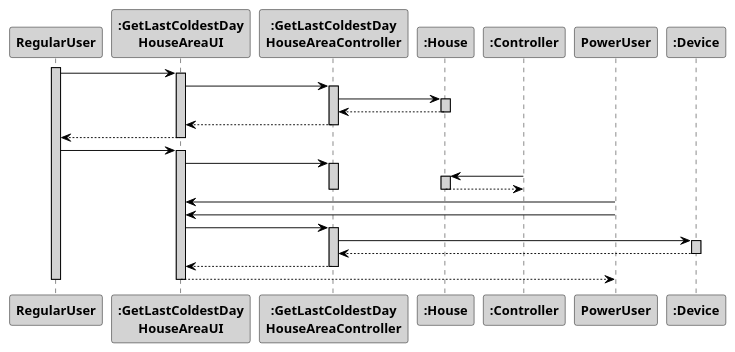
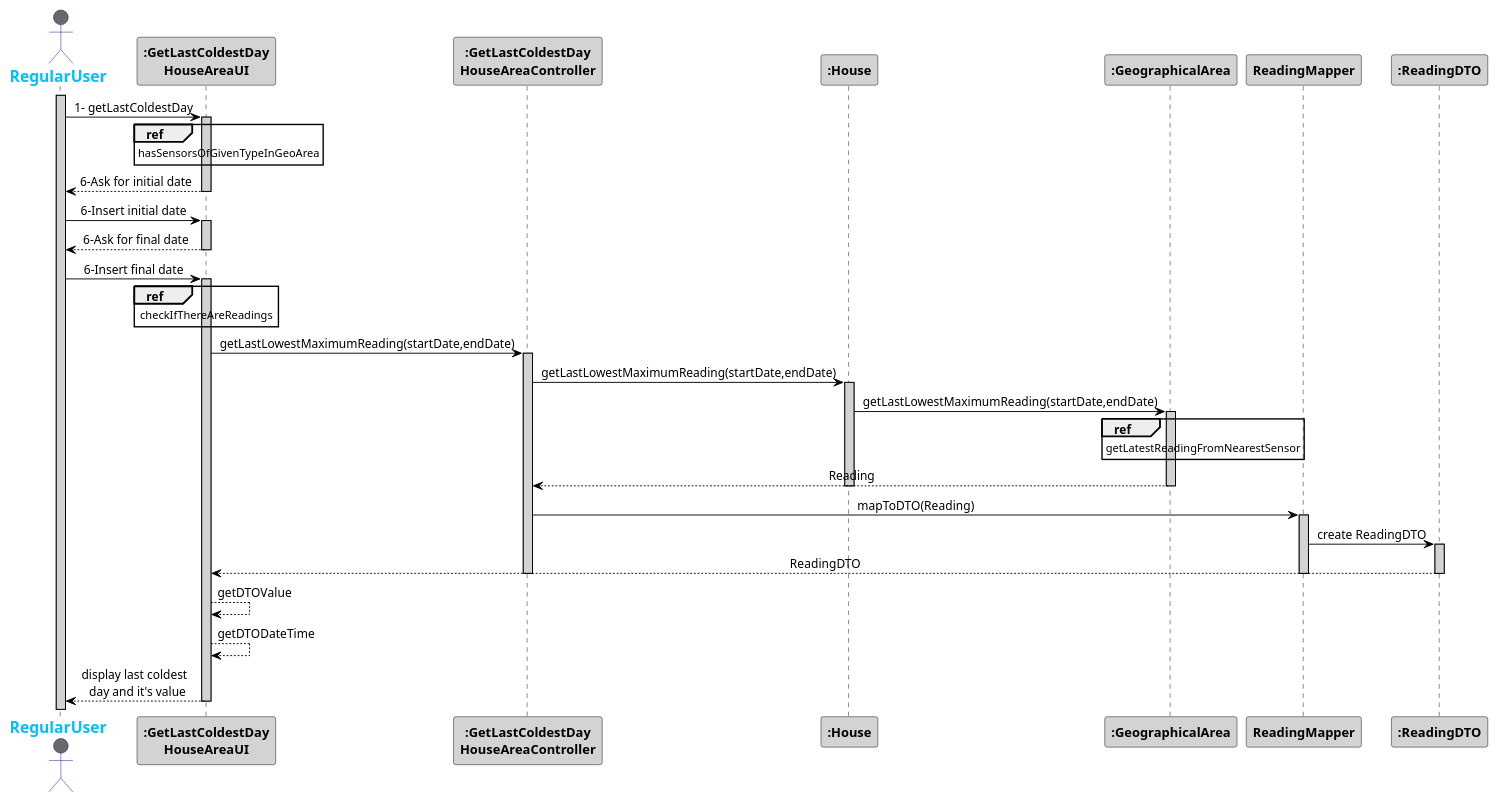
Before and after one commit to 1181687/hateoasToy: the diagram in src/main/java/pt/ipp/isep/dei/project/controllers/getLastColdestDayHouseAreaController/SD_SequenceDiagramModel.puml, drawn with PlantUML.

Commit message:
Change US630 Sequence Diagram Addresses #124

```diff
--- a/src/main/java/pt/ipp/isep/dei/project/controllers/getLastColdestDayHouseAreaController/SD_SequenceDiagramModel.puml
+++ b/src/main/java/pt/ipp/isep/dei/project/controllers/getLastColdestDayHouseAreaController/SD_SequenceDiagramModel.puml
@@ -1,61 +1,71 @@
 @startuml
 skinparam sequenceMessageAlign center
 skinparam sequence {
-	ArrowColor Black
-	ActorBorderColor DarkBlue
-	LifeLineBorderColor black
-	LifeLineBackgroundColor LightGrey
+    ArrowColor Black
+    ActorBorderColor DarkBlue
+    LifeLineBorderColor black
+    LifeLineBackgroundColor LightGrey
 
-	ParticipantBorderColor Black
-	ParticipantBackgroundColor LightGrey
-	ParticipantFontStyle Bold
+    ParticipantBorderColor Black
+    ParticipantBackgroundColor LightGrey
+    ParticipantFontStyle Bold
 
-	ActorBackgroundColor DimGrey
-	ActorFontColor DeepSkyBlue
-	ActorFontStyle Bold
-	ActorFontSize 17
-	ActorFontName Aapex
+    ActorBackgroundColor DimGrey
+    ActorFontColor DeepSkyBlue
+    ActorFontStyle Bold
+    ActorFontSize 17
+    ActorFontName Aapex
 }
 
+actor RegularUser
 activate RegularUser
-actor RegularUser
-RegularUser -> ":GetLastColdestDay\nHouseAreaUI":
+RegularUser -> ":GetLastColdestDay\nHouseAreaUI": 1- getLastColdestDay
+ref over ":GetLastColdestDay\nHouseAreaUI"
+hasSensorsOfGivenTypeInGeoArea
+end
 activate ":GetLastColdestDay\nHouseAreaUI"
-":GetLastColdestDay\nHouseAreaUI" -> ":GetLastColdestDay\nHouseAreaController":
+
+
+
+":GetLastColdestDay\nHouseAreaUI" --> "RegularUser": 6-Ask for initial date
+deactivate ":GetLastColdestDay\nHouseAreaUI"
+":GetLastColdestDay\nHouseAreaUI" <- "RegularUser": 6-Insert initial date
+activate ":GetLastColdestDay\nHouseAreaUI"
+":GetLastColdestDay\nHouseAreaUI" --> "RegularUser": 6-Ask for final date
+deactivate ":GetLastColdestDay\nHouseAreaUI"
+":GetLastColdestDay\nHouseAreaUI" <- "RegularUser": 6-Insert final date
+activate ":GetLastColdestDay\nHouseAreaUI"
+ref over ":GetLastColdestDay\nHouseAreaUI"
+checkIfThereAreReadings
+end
+":GetLastColdestDay\nHouseAreaUI" -> ":GetLastColdestDay\nHouseAreaController": getLastLowestMaximumReading(startDate,endDate)
 activate ":GetLastColdestDay\nHouseAreaController"
-":GetLastColdestDay\nHouseAreaController" -> ":House":
+":GetLastColdestDay\nHouseAreaController" -> ":House": getLastLowestMaximumReading(startDate,endDate)
 activate ":House"
-":GetLastColdestDay\nHouseAreaController" <-- ":House":
+":House" ->":GeographicalArea": getLastLowestMaximumReading(startDate,endDate)
+activate ":GeographicalArea"
+ref over ":GeographicalArea"
+getLatestReadingFromNearestSensor
+end
+
+":GeographicalArea" --> ":GetLastColdestDay\nHouseAreaController" :Reading
+deactivate ":GeographicalArea"
 deactivate ":House"
-":GetLastColdestDay\nHouseAreaUI" <-- ":GetLastColdestDay\nHouseAreaController":
+":GetLastColdestDay\nHouseAreaController" ->"ReadingMapper": mapToDTO(Reading)
+activate "ReadingMapper"
+"ReadingMapper" -> ":ReadingDTO": create ReadingDTO
+activate ":ReadingDTO"
+":ReadingDTO" --> ":GetLastColdestDay\nHouseAreaUI": ReadingDTO
+deactivate ":ReadingDTO"
+
+deactivate "ReadingMapper"
 deactivate ":GetLastColdestDay\nHouseAreaController"
-RegularUser <-- ":GetLastColdestDay\nHouseAreaUI":
+
+
+":GetLastColdestDay\nHouseAreaUI" --> ":GetLastColdestDay\nHouseAreaUI" : getDTOValue
+":GetLastColdestDay\nHouseAreaUI" --> ":GetLastColdestDay\nHouseAreaUI" : getDTODateTime
+
+":GetLastColdestDay\nHouseAreaUI" --> RegularUser : display last coldest \n day and it's value
 deactivate ":GetLastColdestDay\nHouseAreaUI"
 
-RegularUser -> ":GetLastColdestDay\nHouseAreaUI":
-activate ":GetLastColdestDay\nHouseAreaUI"
-":GetLastColdestDay\nHouseAreaUI" -> ":GetLastColdestDay\nHouseAreaController":
-activate ":GetLastColdestDay\nHouseAreaController"
-":Controller" -> ":House":
-activate ":House"
-":Controller" <-- ":House":
-deactivate ":House"
-deactivate ":GetLastColdestDay\nHouseAreaController"
-
-PowerUser -> ":GetLastColdestDay\nHouseAreaUI":
-PowerUser -> ":GetLastColdestDay\nHouseAreaUI":
-":GetLastColdestDay\nHouseAreaUI" -> ":GetLastColdestDay\nHouseAreaController":
-activate ":GetLastColdestDay\nHouseAreaController"
-":GetLastColdestDay\nHouseAreaController" -> ":Device":
-activate ":Device"
-":GetLastColdestDay\nHouseAreaController" <-- ":Device":
-deactivate ":Device"
-":GetLastColdestDay\nHouseAreaUI" <-- ":GetLastColdestDay\nHouseAreaController":
-deactivate ":GetLastColdestDay\nHouseAreaController"
-PowerUser <-- ":GetLastColdestDay\nHouseAreaUI":
-deactivate ":GetLastColdestDay\nHouseAreaUI"
-
-deactivate RegularUser
-
-
 @enduml
```
